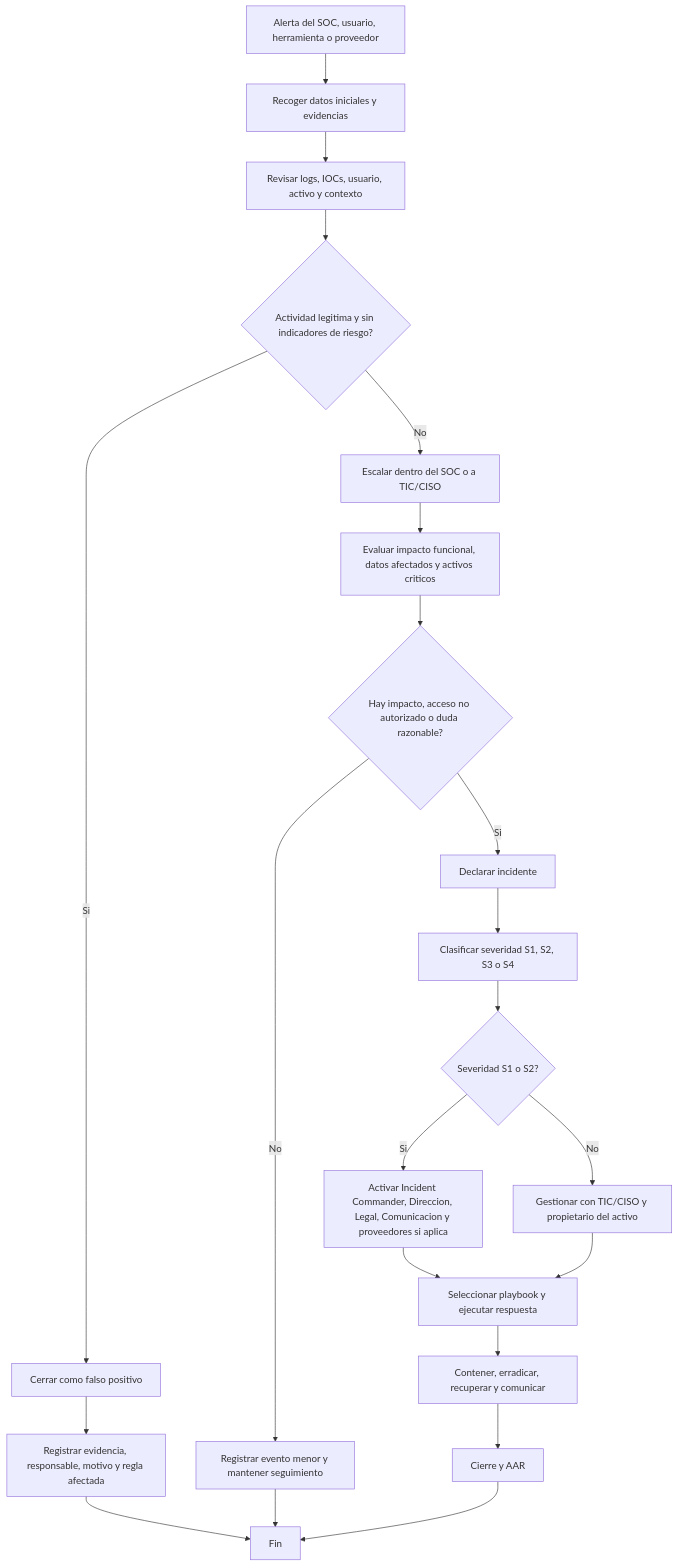
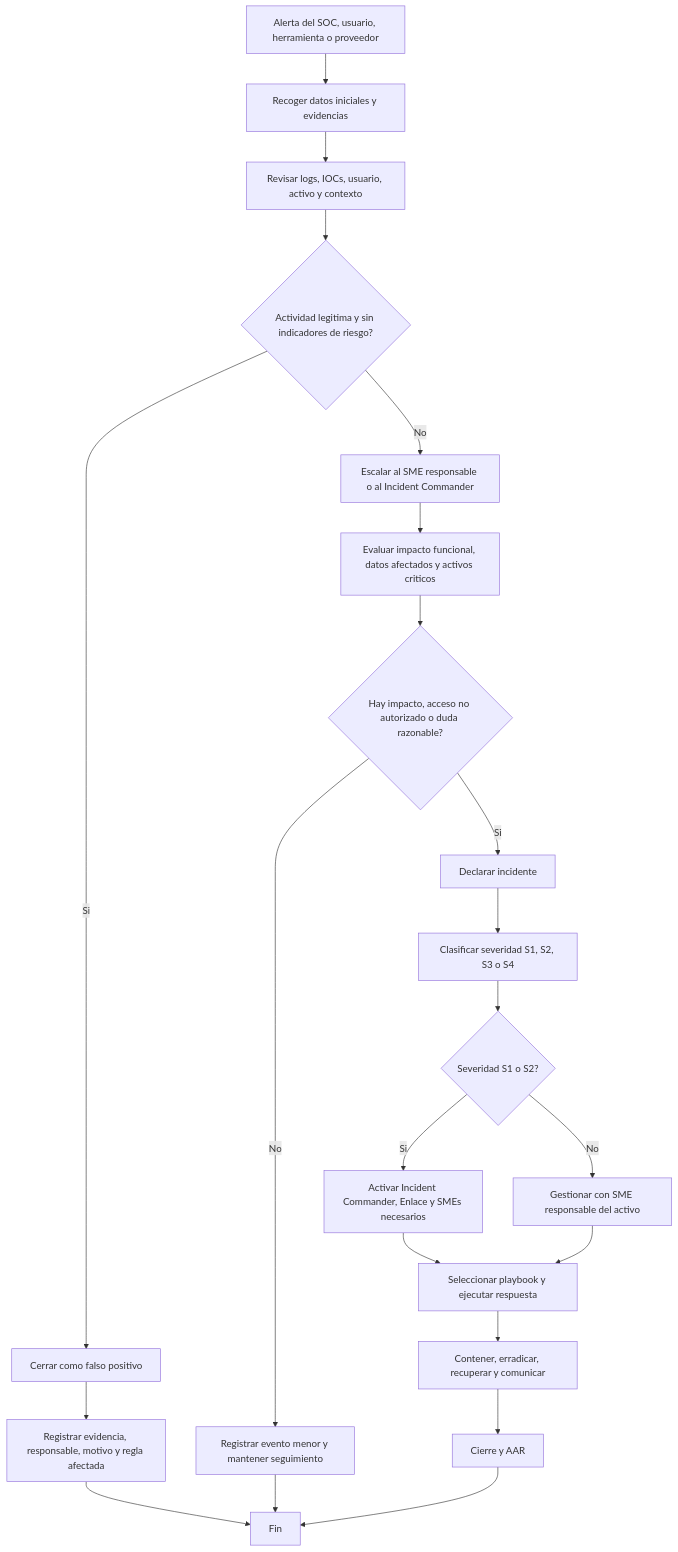
The tenth of 10 diagrams in 2526-4.1-G3.md (IES-Rafael-Alberti/incident-response-plan-plantilla), drawn with Mermaid before and after one commit. The commit also changed other lines of this file, not shown here.

````diff
--- a/2526-4.1-G3.md
+++ b/2526-4.1-G3.md
@@ -2272,24 +2282,24 @@
 ```mermaid
 flowchart TD
     A["Alerta del SOC, usuario, herramienta o proveedor"] --> B["Recoger datos iniciales y evidencias"]
     B --> C["Revisar logs, IOCs, usuario, activo y contexto"]
     C --> D{"Actividad legitima y sin indicadores de riesgo?"}
     D -- "Si" --> E["Cerrar como falso positivo"]
     E --> F["Registrar evidencia, responsable, motivo y regla afectada"]
     F --> Z["Fin"]
-    D -- "No" --> G["Escalar dentro del SOC o a TIC/CISO"]
+    D -- "No" --> G["Escalar al SME responsable o al Incident Commander"]
     G --> H["Evaluar impacto funcional, datos afectados y activos criticos"]
     H --> I{"Hay impacto, acceso no autorizado o duda razonable?"}
     I -- "No" --> J["Registrar evento menor y mantener seguimiento"]
     J --> Z
     I -- "Si" --> K["Declarar incidente"]
     K --> L["Clasificar severidad S1, S2, S3 o S4"]
     L --> M{"Severidad S1 o S2?"}
-    M -- "Si" --> N["Activar Incident Commander, Direccion, Legal, Comunicacion y proveedores si aplica"]
-    M -- "No" --> O["Gestionar con TIC/CISO y propietario del activo"]
+    M -- "Si" --> N["Activar Incident Commander, Enlace y SMEs necesarios"]
+    M -- "No" --> O["Gestionar con SME responsable del activo"]
     N --> P["Seleccionar playbook y ejecutar respuesta"]
     O --> P
     P --> Q["Contener, erradicar, recuperar y comunicar"]
     Q --> R["Cierre y AAR"]
     R --> Z
 ```
````
